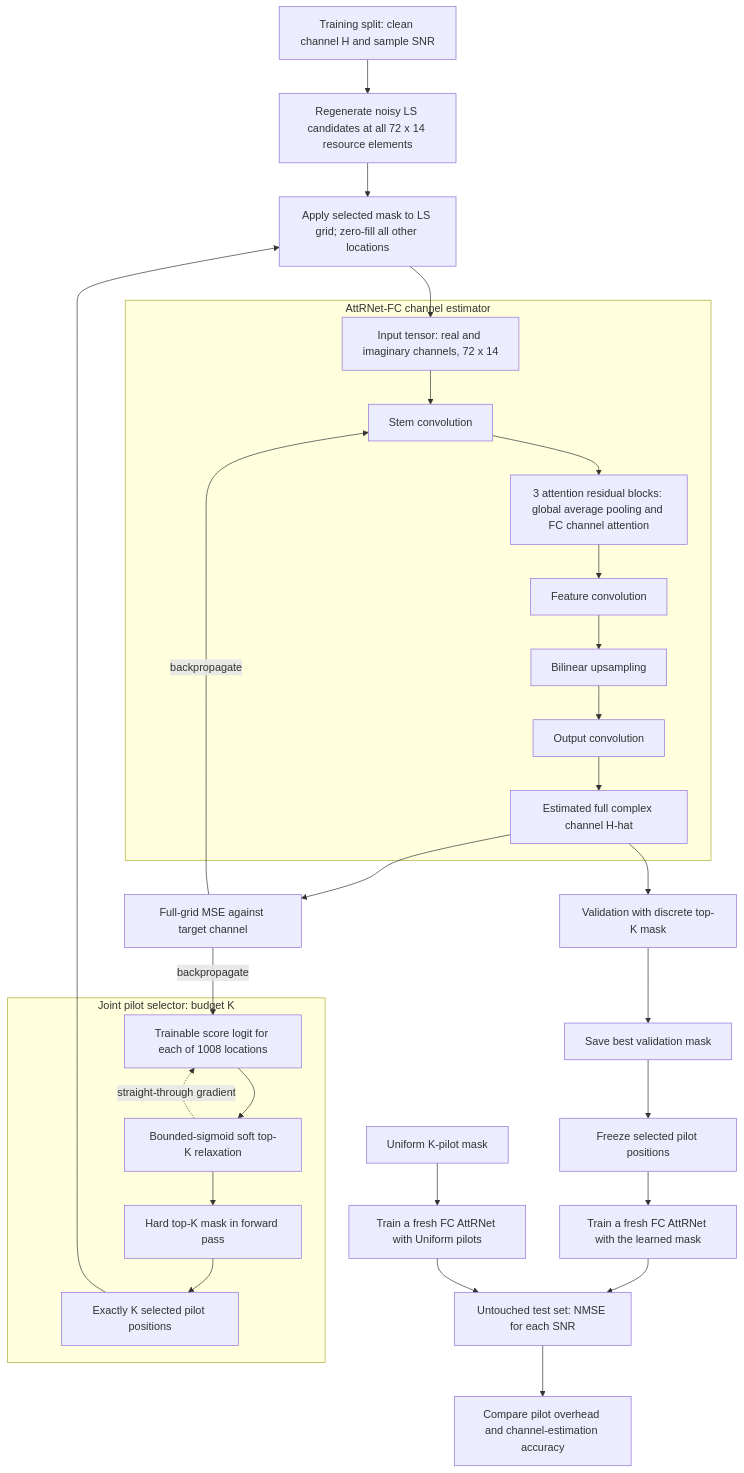
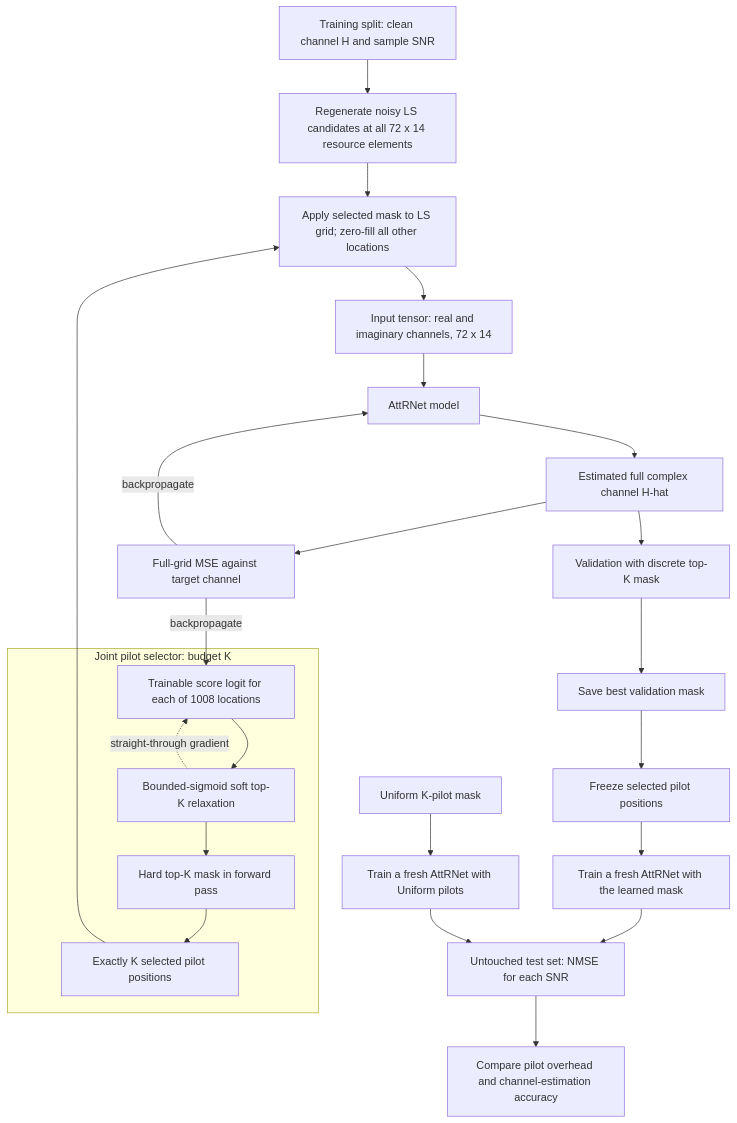
One commit to Ayush-Sawarn/MTP changed the diagram in README.md. Above: the diagram before and after it, drawn with Mermaid.

Commit message:
modified the joint pilot estimation architecture

````diff
--- a/README.md
+++ b/README.md
@@ -87,36 +87,30 @@
 ```mermaid
 flowchart TD
     A[Training split: clean channel H and sample SNR] --> B[Regenerate noisy LS candidates at all 72 x 14 resource elements]
 
     subgraph Selector[Joint pilot selector: budget K]
         C[Trainable score logit for each of 1008 locations] --> D[Bounded-sigmoid soft top-K relaxation]
         D --> E[Hard top-K mask in forward pass]
         E --> F[Exactly K selected pilot positions]
         D -. straight-through gradient .-> C
     end
 
     B --> G[Apply selected mask to LS grid; zero-fill all other locations]
     F --> G
     G --> H[Input tensor: real and imaginary channels, 72 x 14]
 
-    subgraph Estimator[AttRNet-FC channel estimator]
-        H --> I[Stem convolution]
-        I --> J[3 attention residual blocks: global average pooling and FC channel attention]
-        J --> K[Feature convolution]
-        K --> L[Bilinear upsampling]
-        L --> M[Output convolution]
-        M --> N[Estimated full complex channel H-hat]
-    end
+    H --> I[AttRNet model]
+    I --> J[Estimated full complex channel H-hat]
 
-    N --> O[Full-grid MSE against target channel]
-    O -->|backpropagate| C
-    O -->|backpropagate| I
-    N --> P[Validation with discrete top-K mask]
-    P --> Q[Save best validation mask]
-    Q --> R[Freeze selected pilot positions]
-    R --> S[Train a fresh FC AttRNet with the learned mask]
-    U[Uniform K-pilot mask] --> V[Train a fresh FC AttRNet with Uniform pilots]
-    S --> W[Untouched test set: NMSE for each SNR]
+    J --> K[Full-grid MSE against target channel]
+    K -->|backpropagate| C
+    K -->|backpropagate| I
+    J --> L[Validation with discrete top-K mask]
+    L --> M[Save best validation mask]
+    M --> N[Freeze selected pilot positions]
+    N --> O[Train a fresh AttRNet with the learned mask]
+    U[Uniform K-pilot mask] --> V[Train a fresh AttRNet with Uniform pilots]
+    O --> W[Untouched test set: NMSE for each SNR]
     V --> W
     W --> X[Compare pilot overhead and channel-estimation accuracy]
 ```
````
